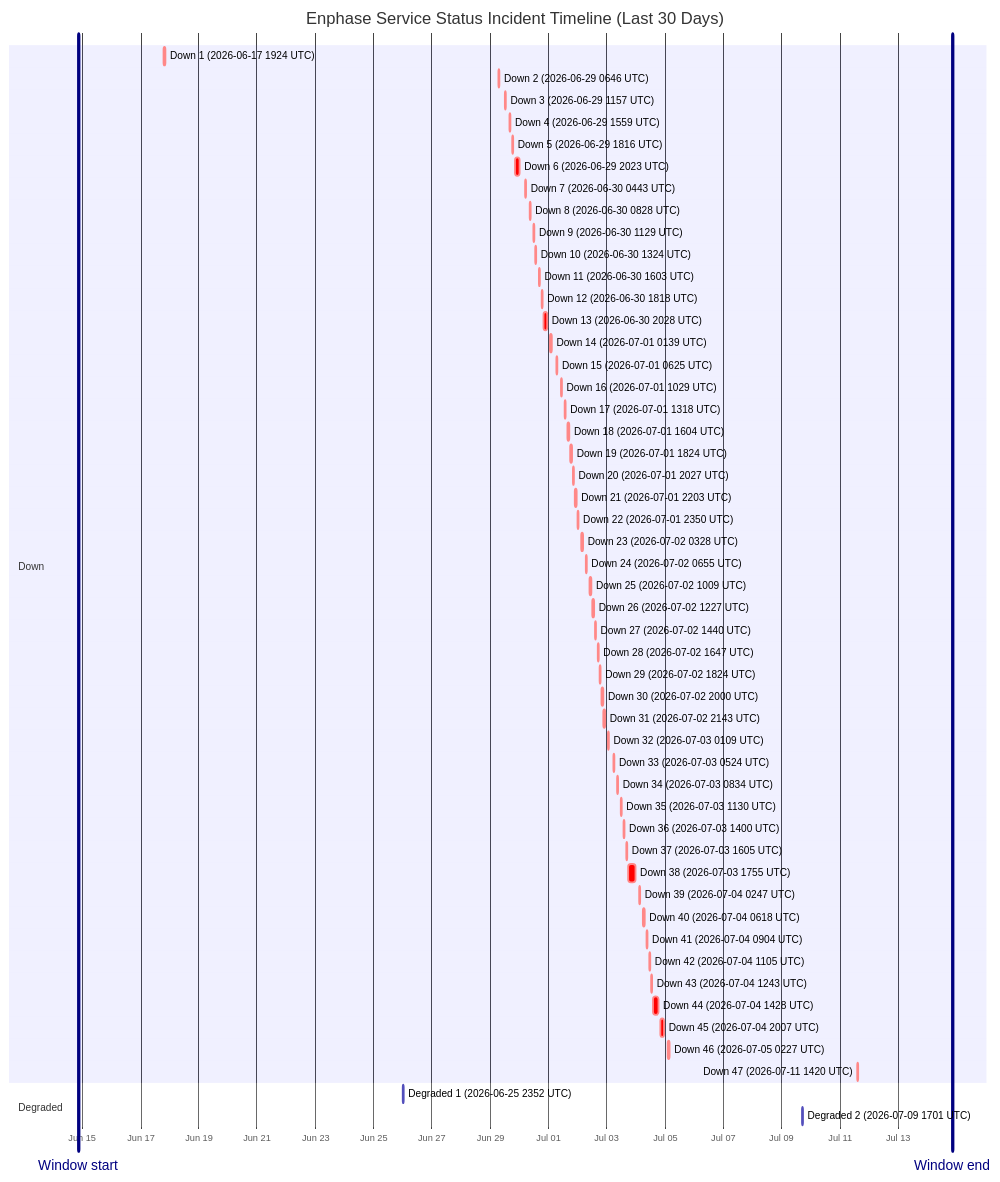
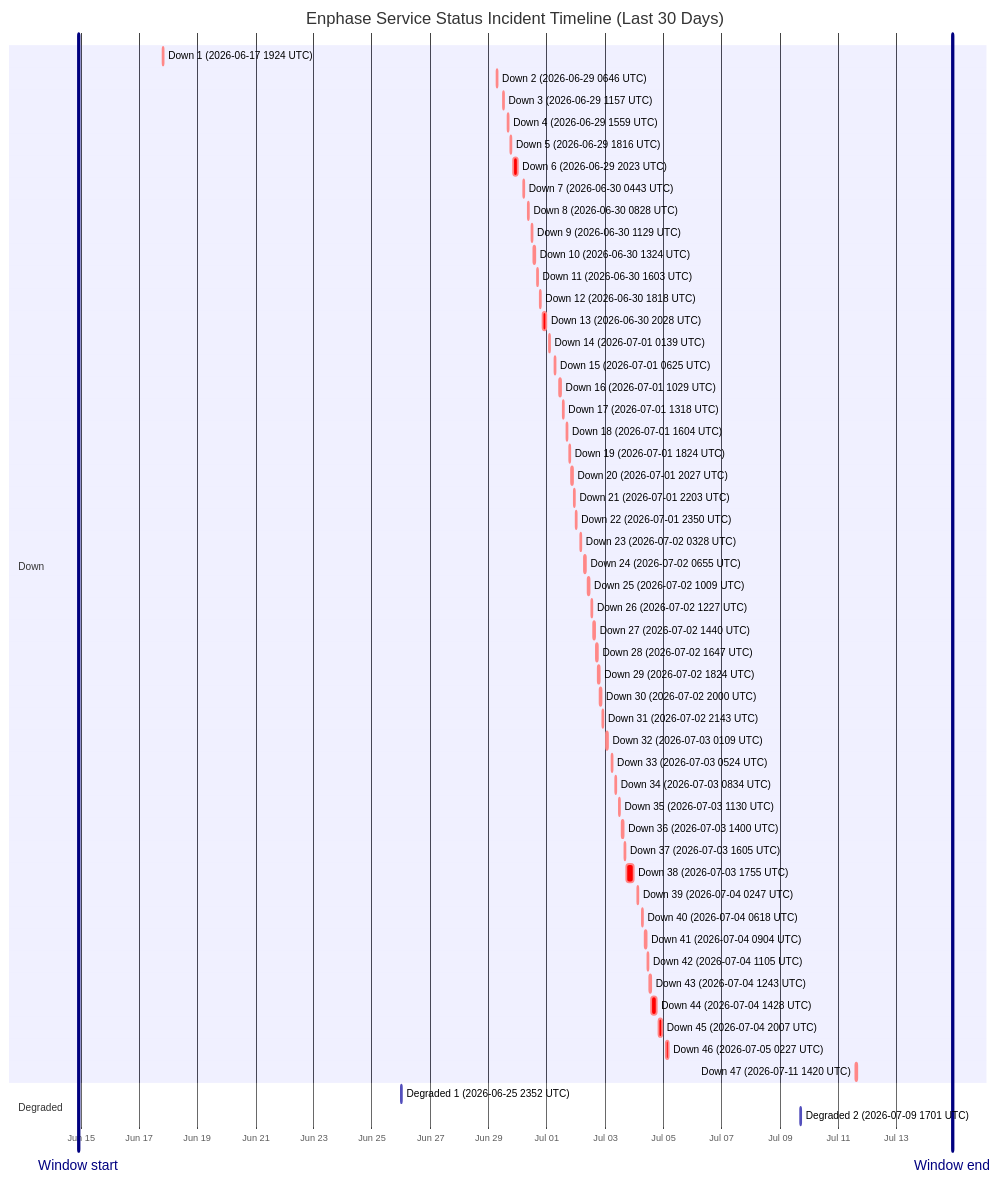
One commit to barneyonline/ha-enphase-energy changed the diagram in wiki/Service-Status-History.md. Above: the diagram before and after it, drawn with Mermaid. The commit also changed other lines of this file and 3 other files, not shown here.

````diff
--- a/wiki/Service-Status-History.md
+++ b/wiki/Service-Status-History.md
@@ -14,59 +14,59 @@
 ```mermaid
 gantt
     title Enphase Service Status Incident Timeline (Last 30 Days)
     dateFormat  YYYY-MM-DDTHH:mm:ss
     axisFormat  %b %d
-    Window start :vert, window-start, 2026-06-14T20:36:35, 0ms
-    Window end :vert, window-end, 2026-07-14T20:36:35, 0ms
+    Window start :vert, window-start, 2026-06-14T21:56:00, 0ms
+    Window end :vert, window-end, 2026-07-14T21:56:00, 0ms
     section Down
     Down 1 (2026-06-17 1924 UTC) :crit, down-1, 2026-06-17T19:24:51, 60m
     Down 2 (2026-06-29 0646 UTC) :crit, down-2, 2026-06-29T06:46:18, 60m
     Down 3 (2026-06-29 1157 UTC) :crit, down-3, 2026-06-29T11:57:36, 60m
     Down 4 (2026-06-29 1559 UTC) :crit, down-4, 2026-06-29T15:59:02, 60m
     Down 5 (2026-06-29 1816 UTC) :crit, down-5, 2026-06-29T18:16:38, 60m
     Down 6 (2026-06-29 2023 UTC) :crit, down-6, 2026-06-29T20:23:16, 220m
     Down 7 (2026-06-30 0443 UTC) :crit, down-7, 2026-06-30T04:43:54, 60m
     Down 8 (2026-06-30 0828 UTC) :crit, down-8, 2026-06-30T08:28:43, 60m
     Down 9 (2026-06-30 1129 UTC) :crit, down-9, 2026-06-30T11:29:15, 60m
     Down 10 (2026-06-30 1324 UTC) :crit, down-10, 2026-06-30T13:24:25, 60m
     Down 11 (2026-06-30 1603 UTC) :crit, down-11, 2026-06-30T16:03:26, 60m
     Down 12 (2026-06-30 1818 UTC) :crit, down-12, 2026-06-30T18:18:39, 60m
     Down 13 (2026-06-30 2028 UTC) :crit, down-13, 2026-06-30T20:28:54, 171m
     Down 14 (2026-07-01 0139 UTC) :crit, down-14, 2026-07-01T01:39:18, 60m
     Down 15 (2026-07-01 0625 UTC) :crit, down-15, 2026-07-01T06:25:35, 60m
     Down 16 (2026-07-01 1029 UTC) :crit, down-16, 2026-07-01T10:29:24, 60m
     Down 17 (2026-07-01 1318 UTC) :crit, down-17, 2026-07-01T13:18:31, 60m
     Down 18 (2026-07-01 1604 UTC) :crit, down-18, 2026-07-01T16:04:29, 60m
     Down 19 (2026-07-01 1824 UTC) :crit, down-19, 2026-07-01T18:24:21, 60m
     Down 20 (2026-07-01 2027 UTC) :crit, down-20, 2026-07-01T20:27:17, 60m
     Down 21 (2026-07-01 2203 UTC) :crit, down-21, 2026-07-01T22:03:46, 60m
     Down 22 (2026-07-01 2350 UTC) :crit, down-22, 2026-07-01T23:50:52, 60m
     Down 23 (2026-07-02 0328 UTC) :crit, down-23, 2026-07-02T03:28:33, 60m
     Down 24 (2026-07-02 0655 UTC) :crit, down-24, 2026-07-02T06:55:07, 60m
     Down 25 (2026-07-02 1009 UTC) :crit, down-25, 2026-07-02T10:09:15, 60m
     Down 26 (2026-07-02 1227 UTC) :crit, down-26, 2026-07-02T12:27:49, 60m
     Down 27 (2026-07-02 1440 UTC) :crit, down-27, 2026-07-02T14:40:53, 60m
     Down 28 (2026-07-02 1647 UTC) :crit, down-28, 2026-07-02T16:47:47, 60m
     Down 29 (2026-07-02 1824 UTC) :crit, down-29, 2026-07-02T18:24:26, 60m
     Down 30 (2026-07-02 2000 UTC) :crit, down-30, 2026-07-02T20:00:57, 60m
     Down 31 (2026-07-02 2143 UTC) :crit, down-31, 2026-07-02T21:43:52, 80m
     Down 32 (2026-07-03 0109 UTC) :crit, down-32, 2026-07-03T01:09:19, 60m
     Down 33 (2026-07-03 0524 UTC) :crit, down-33, 2026-07-03T05:24:23, 60m
     Down 34 (2026-07-03 0834 UTC) :crit, down-34, 2026-07-03T08:34:05, 60m
     Down 35 (2026-07-03 1130 UTC) :crit, down-35, 2026-07-03T11:30:41, 60m
     Down 36 (2026-07-03 1400 UTC) :crit, down-36, 2026-07-03T14:00:48, 60m
     Down 37 (2026-07-03 1605 UTC) :crit, down-37, 2026-07-03T16:05:49, 60m
     Down 38 (2026-07-03 1755 UTC) :crit, down-38, 2026-07-03T17:55:54, 338m
     Down 39 (2026-07-04 0247 UTC) :crit, down-39, 2026-07-04T02:47:22, 60m
     Down 40 (2026-07-04 0618 UTC) :crit, down-40, 2026-07-04T06:18:09, 60m
     Down 41 (2026-07-04 0904 UTC) :crit, down-41, 2026-07-04T09:04:41, 60m
     Down 42 (2026-07-04 1105 UTC) :crit, down-42, 2026-07-04T11:05:21, 60m
     Down 43 (2026-07-04 1243 UTC) :crit, down-43, 2026-07-04T12:43:25, 60m
     Down 44 (2026-07-04 1428 UTC) :crit, down-44, 2026-07-04T14:28:07, 243m
     Down 45 (2026-07-04 2007 UTC) :crit, down-45, 2026-07-04T20:07:50, 206m
     Down 46 (2026-07-05 0227 UTC) :crit, down-46, 2026-07-05T02:27:32, 109m
     Down 47 (2026-07-11 1420 UTC) :crit, down-47, 2026-07-11T14:20:54, 69m
     section Degraded
     Degraded 1 (2026-06-25 2352 UTC) :active, degraded-1, 2026-06-25T23:52:01, 60m
     Degraded 2 (2026-07-09 1701 UTC) :active, degraded-2, 2026-07-09T17:01:02, 60m
 ```
````
